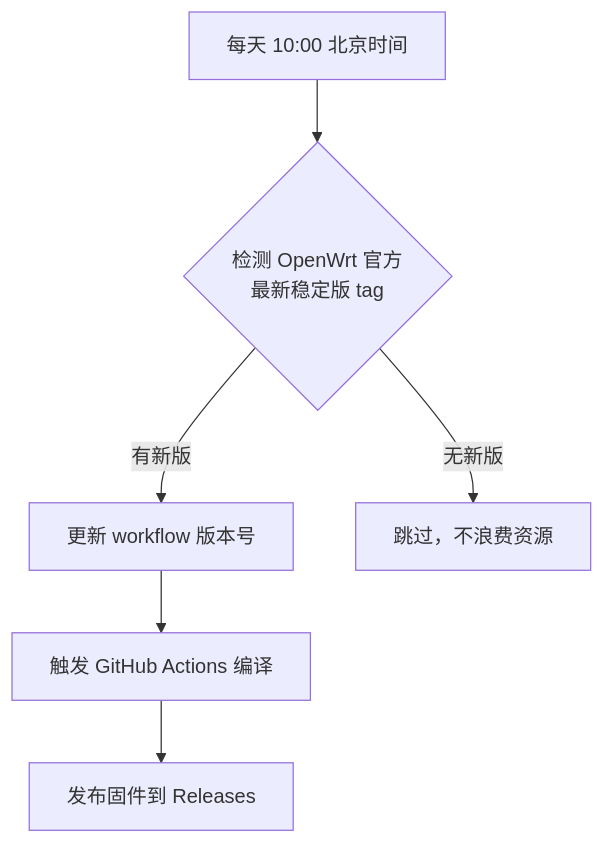
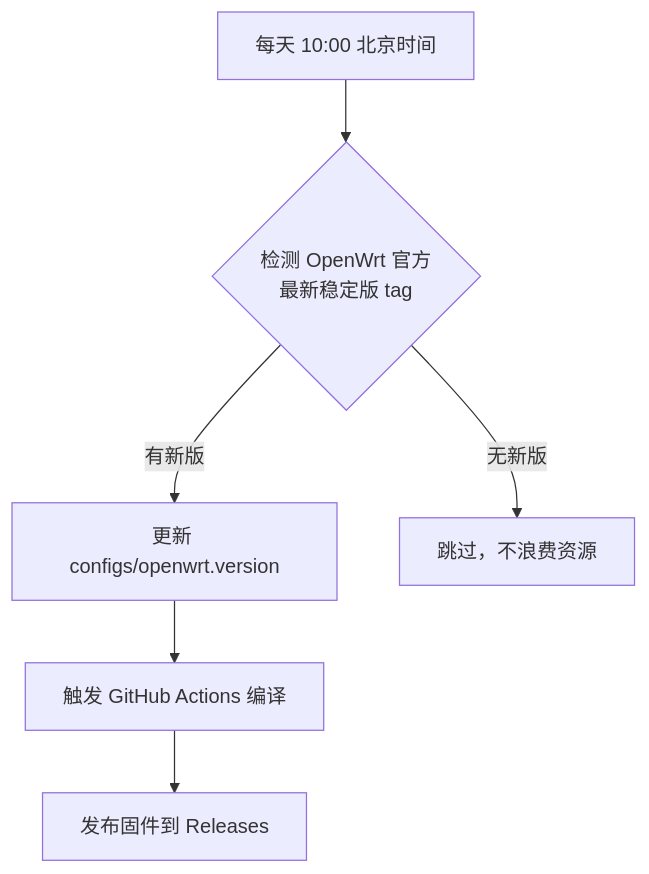
The diagram in README.md (zhuyihua12/openwrt-x86-official), drawn with Mermaid before and after one commit. The commit also changed other lines of this file and 6 other files, not shown here.

````diff
--- a/README.md
+++ b/README.md
@@ -121,8 +122,8 @@
 ```mermaid
 flowchart TD
     A[每天 10:00 北京时间] --> B{检测 OpenWrt 官方<br>最新稳定版 tag}
-    B -->|有新版| C[更新 workflow 版本号]
+    B -->|有新版| C[更新 configs/openwrt.version]
     C --> D[触发 GitHub Actions 编译]
     D --> E[发布固件到 Releases]
     B -->|无新版| F[跳过，不浪费资源]
 ```
````
